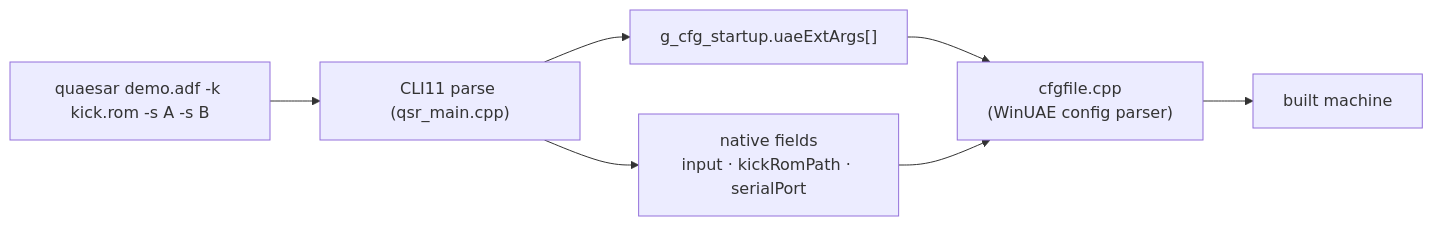
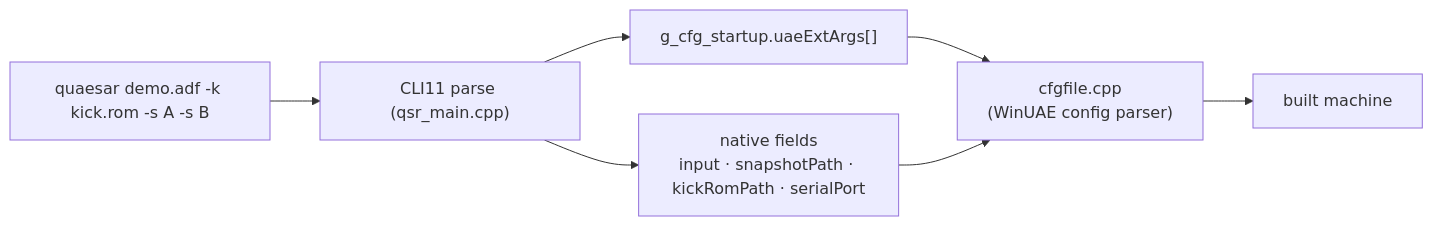
One commit to alfishe/quaesar-ng changed the diagram in docs/13-cli-reference.md. Above: the diagram before and after it, drawn with Mermaid. The commit also changed other lines of this file and 16 other files, not shown here.

````diff
--- a/docs/13-cli-reference.md
+++ b/docs/13-cli-reference.md
@@ -24,10 +24,10 @@
 ```mermaid
 graph LR
     CLI["quaesar demo.adf -k kick.rom -s A -s B"]
     CLI --> P["CLI11 parse (qsr_main.cpp)"]
-    P --> NATIVE["native fields<br/>input · kickRomPath · serialPort"]
+    P --> NATIVE["native fields<br/>input · snapshotPath · kickRomPath · serialPort"]
     P --> EXT["g_cfg_startup.uaeExtArgs[]"]
     EXT --> CFG["cfgfile.cpp<br/>(WinUAE config parser)"]
     NATIVE --> CFG
     CFG --> MACHINE["built machine"]
 ```
````
